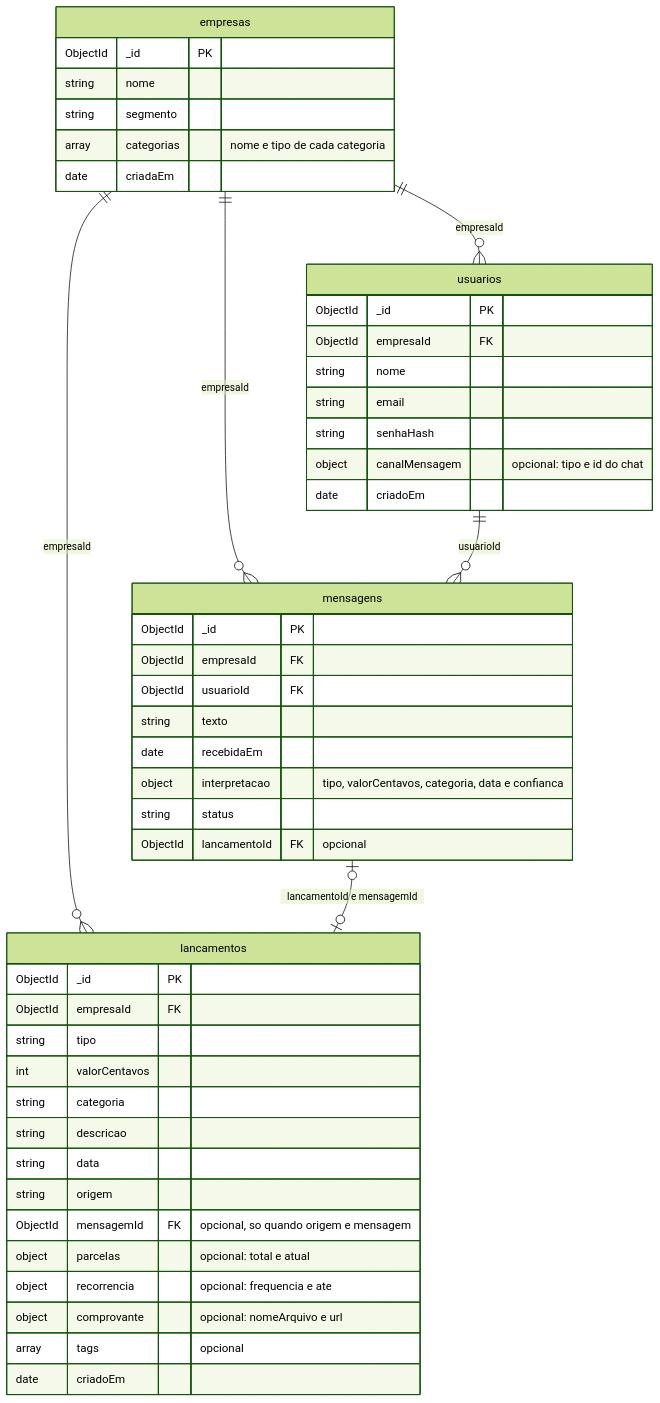
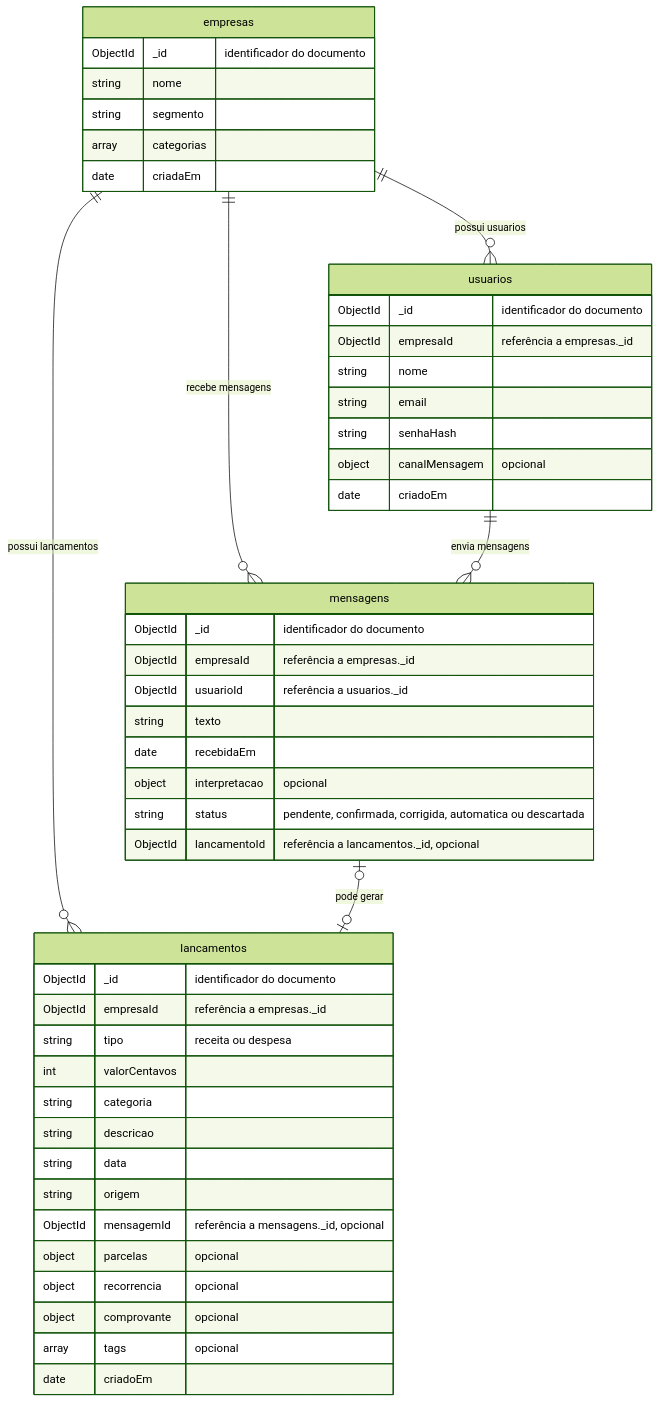
The diagram in README.md (Marcuspurobr/Fala_FinBot), drawn with Mermaid (forest theme) before and after one commit. The commit also changed other lines of this file, not shown here.

Commit message:
Simplifica o diagrama de modelagem

````diff
--- a/README.md
+++ b/README.md
@@ -43,54 +45,54 @@
 ```mermaid
 erDiagram
-    empresas ||--o{ usuarios : empresaId
-    empresas ||--o{ mensagens : empresaId
-    empresas ||--o{ lancamentos : empresaId
-    usuarios ||--o{ mensagens : usuarioId
-    mensagens |o--o| lancamentos : "lancamentoId e mensagemId"
+    empresas ||--o{ usuarios : "possui usuarios"
+    empresas ||--o{ mensagens : "recebe mensagens"
+    empresas ||--o{ lancamentos : "possui lancamentos"
+    usuarios ||--o{ mensagens : "envia mensagens"
+    mensagens |o--o| lancamentos : "pode gerar"
 
     empresas {
-        ObjectId _id PK
+        ObjectId _id "identificador do documento"
         string nome
         string segmento
-        array categorias "nome e tipo de cada categoria"
+        array categorias
         date criadaEm
     }
 
     usuarios {
-        ObjectId _id PK
-        ObjectId empresaId FK
+        ObjectId _id "identificador do documento"
+        ObjectId empresaId "referência a empresas._id"
         string nome
         string email
         string senhaHash
-        object canalMensagem "opcional: tipo e id do chat"
+        object canalMensagem "opcional"
         date criadoEm
     }
 
     mensagens {
-        ObjectId _id PK
-        ObjectId empresaId FK
-        ObjectId usuarioId FK
+        ObjectId _id "identificador do documento"
+        ObjectId empresaId "referência a empresas._id"
+        ObjectId usuarioId "referência a usuarios._id"
         string texto
         date recebidaEm
-        object interpretacao "tipo, valorCentavos, categoria, data e confianca"
-        string status
-        ObjectId lancamentoId FK "opcional"
+        object interpretacao "opcional"
+        string status "pendente, confirmada, corrigida, automatica ou descartada"
+        ObjectId lancamentoId "referência a lancamentos._id, opcional"
     }
 
     lancamentos {
-        ObjectId _id PK
-        ObjectId empresaId FK
-        string tipo
+        ObjectId _id "identificador do documento"
+        ObjectId empresaId "referência a empresas._id"
+        string tipo "receita ou despesa"
         int valorCentavos
         string categoria
         string descricao
         string data
         string origem
-        ObjectId mensagemId FK "opcional, so quando origem e mensagem"
-        object parcelas "opcional: total e atual"
-        object recorrencia "opcional: frequencia e ate"
-        object comprovante "opcional: nomeArquivo e url"
+        ObjectId mensagemId "referência a mensagens._id, opcional"
+        object parcelas "opcional"
+        object recorrencia "opcional"
+        object comprovante "opcional"
         array tags "opcional"
         date criadoEm
     }
 ```
````
